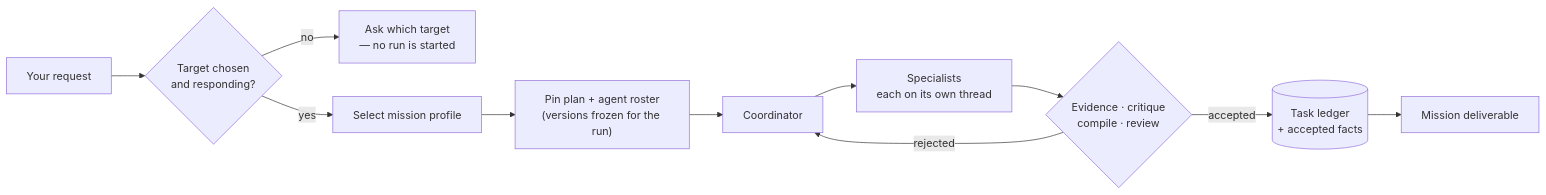
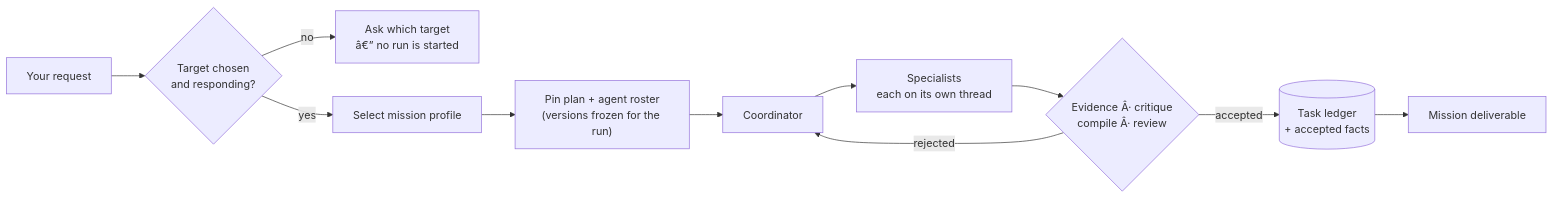
The fifth of 6 diagrams in docs/application-guide.md (srinivasravula18/core-platform-automation), drawn with Mermaid before and after one commit. The commit also changed other lines of this file, not shown here.

````diff
--- a/docs/application-guide.md
+++ b/docs/application-guide.md
@@ -359,14 +359,14 @@
 ```mermaid
 flowchart LR
     Req["Your request"] --> Target{"Target chosen<br/>and responding?"}
-    Target -- "no" --> Ask["Ask which target<br/>— no run is started"]
+    Target -- "no" --> Ask["Ask which target<br/>â€” no run is started"]
     Target -- "yes" --> Mission["Select mission profile"]
     Mission --> Plan["Pin plan + agent roster<br/>(versions frozen for the run)"]
     Plan --> Coord["Coordinator"]
 
     Coord --> Agents["Specialists<br/>each on its own thread"]
-    Agents --> Gates{"Evidence · critique<br/>compile · review"}
+    Agents --> Gates{"Evidence Â· critique<br/>compile Â· review"}
     Gates -- "accepted" --> Ledger[("Task ledger<br/>+ accepted facts")]
     Gates -- "rejected" --> Coord
     Ledger --> Deliverable["Mission deliverable"]
 ```
````
